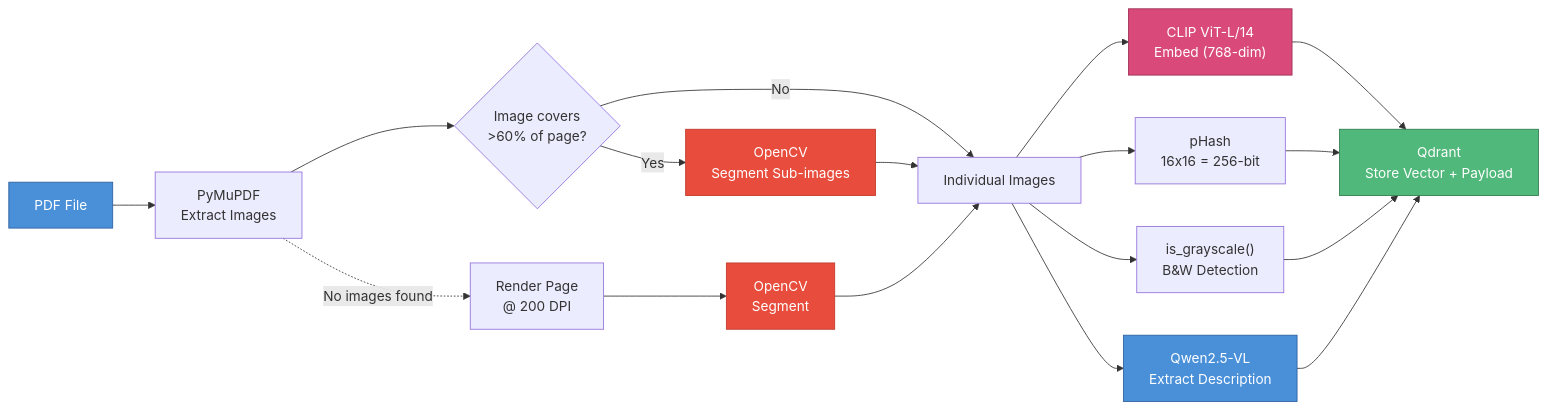
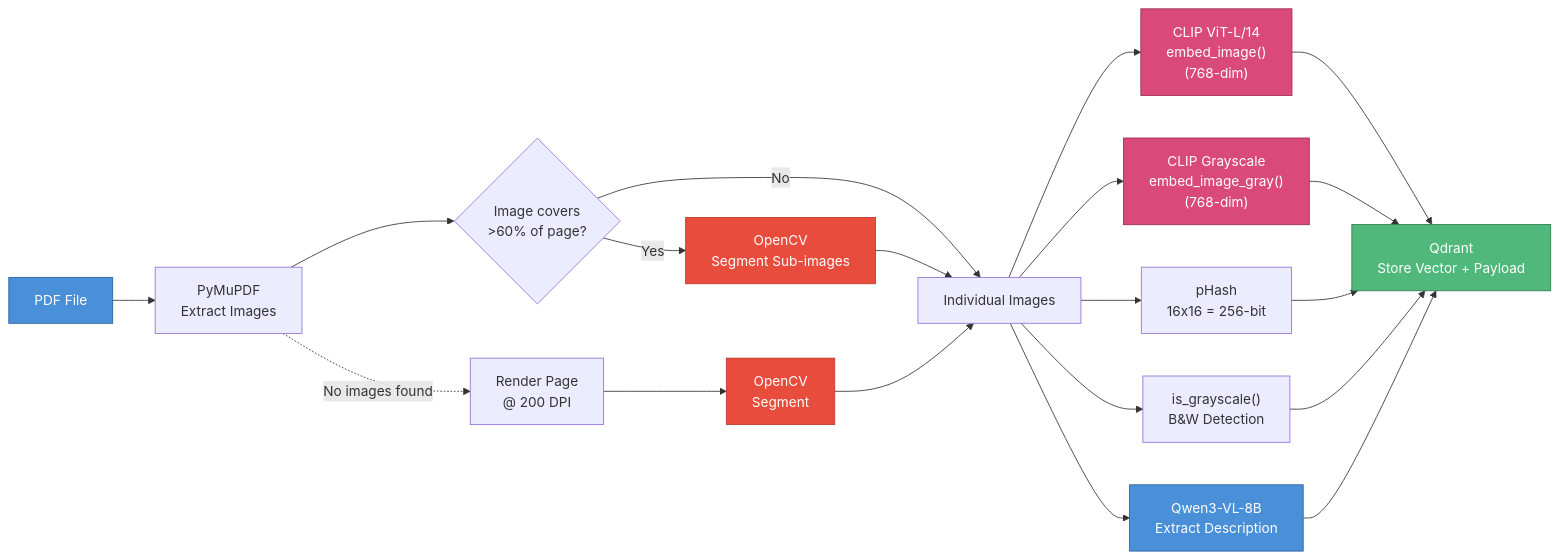
Before and after one commit to n0cl0ud/pikamatch: the diagram in docs/indexation-flow.mmd, drawn with Mermaid. The commit also changed 6 other files, not shown here.

First line of the commit message:
Update SVG diagrams and Mermaid sources for triple-signal scoring

```diff
--- a/docs/indexation-flow.mmd
+++ b/docs/indexation-flow.mmd
@@ -1,28 +1,31 @@
 graph LR
     PDF["PDF File"] --> EXTRACT["PyMuPDF<br/>Extract Images"]
     EXTRACT --> CHECK{"Image covers<br/>>60% of page?"}
 
     CHECK -->|"Yes"| OPENCV["OpenCV<br/>Segment Sub-images"]
     CHECK -->|"No"| IMAGES["Individual Images"]
     OPENCV --> IMAGES
 
     EXTRACT -.->|"No images found"| RENDER["Render Page<br/>@ 200 DPI"]
     RENDER --> OPENCV2["OpenCV<br/>Segment"]
     OPENCV2 --> IMAGES
 
-    IMAGES --> CLIPEMB["CLIP ViT-L/14<br/>Embed (768-dim)"]
+    IMAGES --> CLIPEMB["CLIP ViT-L/14<br/>embed_image()<br/>(768-dim)"]
+    IMAGES --> CLIPGRAY["CLIP Grayscale<br/>embed_image_gray()<br/>(768-dim)"]
     IMAGES --> PHASH["pHash<br/>16x16 = 256-bit"]
     IMAGES --> GRAY["is_grayscale()<br/>B&W Detection"]
-    IMAGES --> VLM["Qwen2.5-VL<br/>Extract Description"]
+    IMAGES --> VLM["Qwen3-VL-8B<br/>Extract Description"]
 
     CLIPEMB --> STORE["Qdrant<br/>Store Vector + Payload"]
+    CLIPGRAY --> STORE
     PHASH --> STORE
     GRAY --> STORE
     VLM --> STORE
 
     style PDF fill:#4a90d9,stroke:#2c5f9e,color:#fff
     style OPENCV fill:#e74c3c,stroke:#c0392b,color:#fff
     style OPENCV2 fill:#e74c3c,stroke:#c0392b,color:#fff
     style CLIPEMB fill:#d94a7a,stroke:#9e2c55,color:#fff
+    style CLIPGRAY fill:#d94a7a,stroke:#9e2c55,color:#fff
     style VLM fill:#4a90d9,stroke:#2c5f9e,color:#fff
     style STORE fill:#50b87a,stroke:#2e7d4e,color:#fff
```
